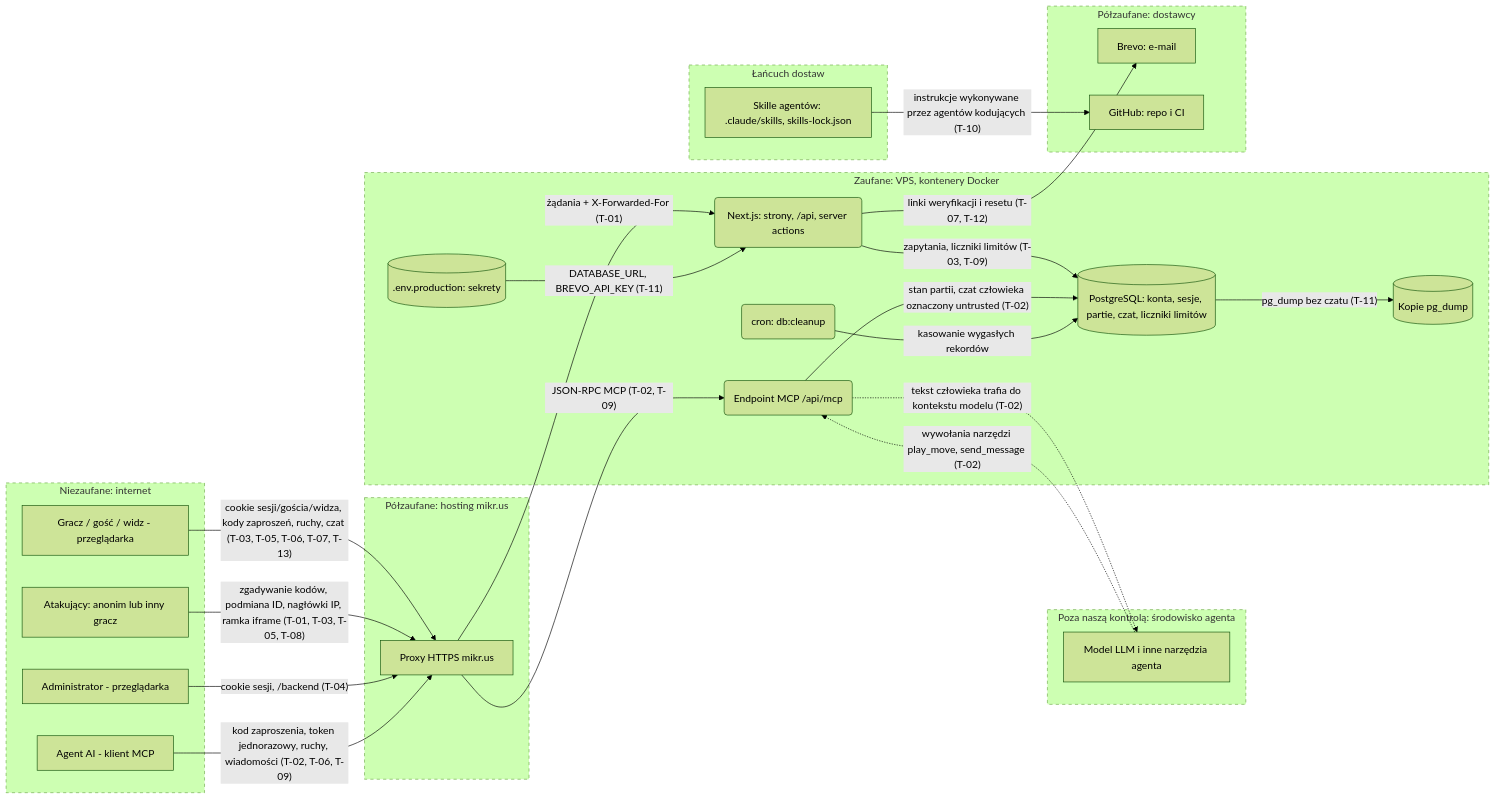
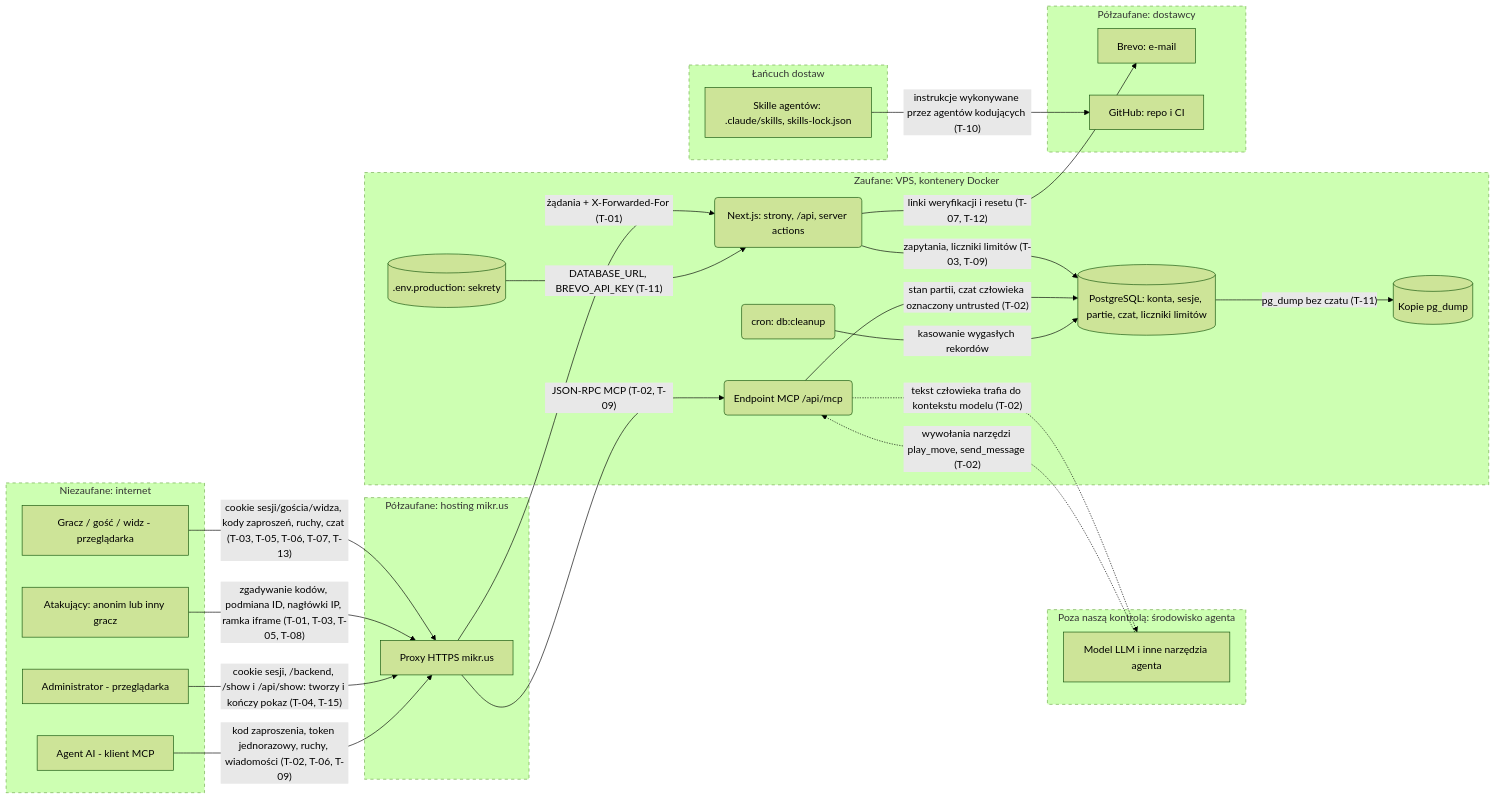
Before and after one commit to bartoszmwojcik/ai_techleaders_gomoku: the diagram in docs/security/threat-model.mmd, drawn with Mermaid (forest theme). The commit also changed 75 other files, not shown here.

First line of the commit message:
feat(show): pokaz bot vs bot i widok tylko do odczytu dla administratora (E14-S01) (#304)

```diff
--- a/docs/security/threat-model.mmd
+++ b/docs/security/threat-model.mmd
@@ -1,45 +1,45 @@
 flowchart LR
   subgraph internet [Niezaufane: internet]
     Player[Gracz / gość / widz - przeglądarka]
     Admin[Administrator - przeglądarka]
     Agent[Agent AI - klient MCP]
     Attacker[Atakujący: anonim lub inny gracz]
   end
   subgraph agenthost [Poza naszą kontrolą: środowisko agenta]
     LLM[Model LLM i inne narzędzia agenta]
   end
   subgraph edge [Półzaufane: hosting mikr.us]
     Proxy[Proxy HTTPS mikr.us]
   end
   subgraph vps [Zaufane: VPS, kontenery Docker]
     App(Next.js: strony, /api, server actions)
     Mcp(Endpoint MCP /api/mcp)
     DB[(PostgreSQL: konta, sesje, partie, czat, liczniki limitów)]
     Cron(cron: db:cleanup)
     Bak[(Kopie pg_dump)]
     Env[(.env.production: sekrety)]
   end
   subgraph ext [Półzaufane: dostawcy]
     Mail[Brevo: e-mail]
     GH[GitHub: repo i CI]
   end
   subgraph dev [Łańcuch dostaw]
     Skills[Skille agentów: .claude/skills, skills-lock.json]
   end
   Player -->|"cookie sesji/gościa/widza, kody zaproszeń, ruchy, czat (T-03, T-05, T-06, T-07, T-13)"| Proxy
   Attacker -->|"zgadywanie kodów, podmiana ID, nagłówki IP, ramka iframe (T-01, T-03, T-05, T-08)"| Proxy
-  Admin -->|"cookie sesji, /backend (T-04)"| Proxy
+  Admin -->|"cookie sesji, /backend, /show i /api/show: tworzy i kończy pokaz (T-04, T-15)"| Proxy
   Agent -->|"kod zaproszenia, token jednorazowy, ruchy, wiadomości (T-02, T-06, T-09)"| Proxy
   Proxy -->|"żądania + X-Forwarded-For (T-01)"| App
   Proxy -->|"JSON-RPC MCP (T-02, T-09)"| Mcp
   App -->|"zapytania, liczniki limitów (T-03, T-09)"| DB
   Mcp -->|"stan partii, czat człowieka oznaczony untrusted (T-02)"| DB
   Mcp -.->|"tekst człowieka trafia do kontekstu modelu (T-02)"| LLM
   LLM -.->|"wywołania narzędzi play_move, send_message (T-02)"| Mcp
   App -->|"linki weryfikacji i resetu (T-07, T-12)"| Mail
   Cron -->|"kasowanie wygasłych rekordów"| DB
   DB -->|"pg_dump bez czatu (T-11)"| Bak
   Env -->|"DATABASE_URL, BREVO_API_KEY (T-11)"| App
   Skills -->|"instrukcje wykonywane przez agentów kodujących (T-10)"| GH
   classDef boundary stroke-dasharray: 5 5
   class internet,agenthost,edge,vps,ext,dev boundary
```
